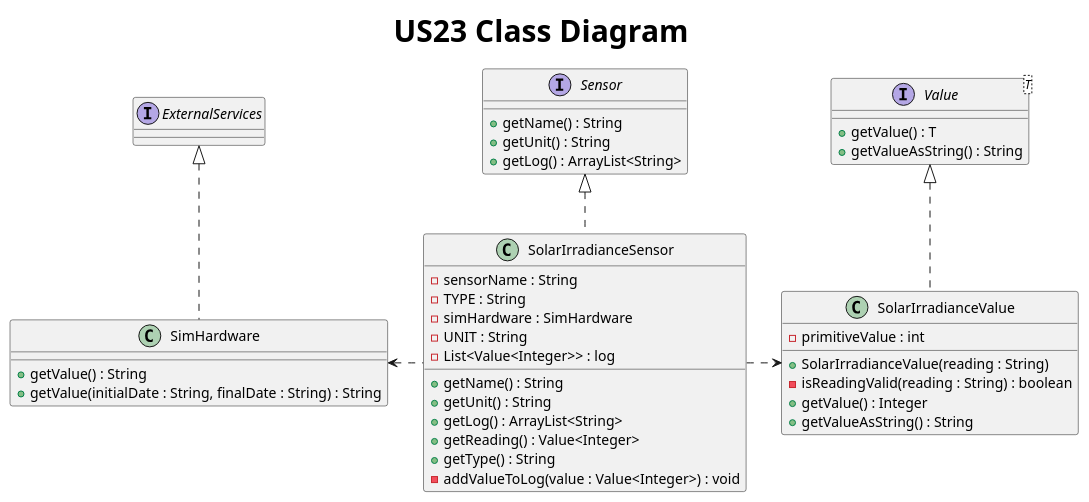
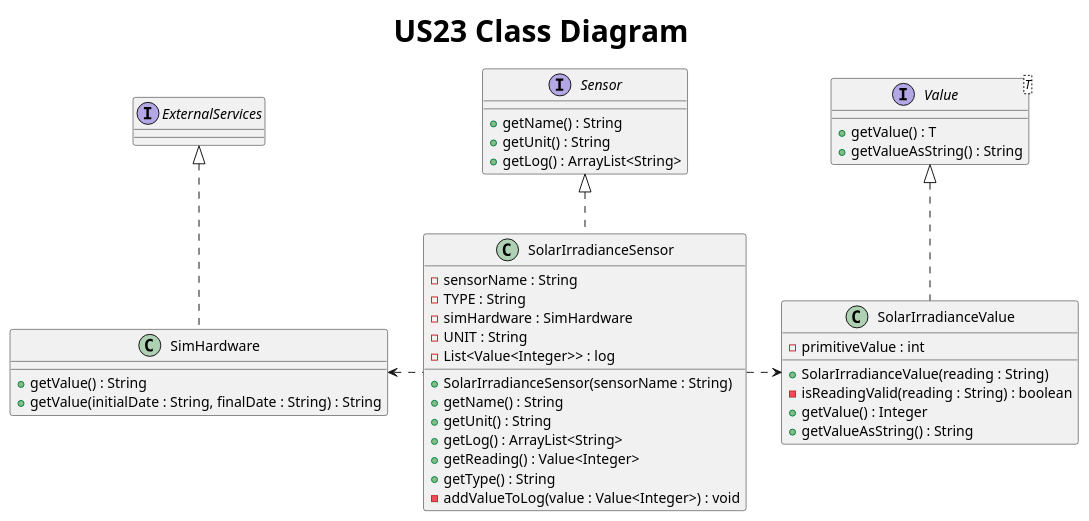
The diagram in Docs/US23/S3US23ClassDiagram.puml (AfonsoNeves77/smartHouse), drawn with PlantUML before and after one commit. The commit also changed 5 other files, not shown here.

Commit message:
Team review: added sensor constructor methods to sensor class diagrams.

```diff
--- a/Docs/US23/S3US23ClassDiagram.puml
+++ b/Docs/US23/S3US23ClassDiagram.puml
@@ -1,52 +1,53 @@
 @startuml
 title <size: 30> US23 Class Diagram
 
 interface Sensor {
     + getName() : String
     + getUnit() : String
     + getLog() : ArrayList<String>
 }
 
 interface Value<T> {
     + getValue() : T
     + getValueAsString() : String
 }
 
 class SimHardware {
      + getValue() : String
      + getValue(initialDate : String, finalDate : String) : String
 }
 
 class SolarIrradianceSensor {
     - sensorName : String
     - TYPE : String
     - simHardware : SimHardware
     - UNIT : String
     - List<Value<Integer>> : log
 
+    +SolarIrradianceSensor(sensorName : String)
     + getName() : String
     + getUnit() : String
     + getLog() : ArrayList<String>
     + getReading() : Value<Integer>
     + getType() : String
     - addValueToLog(value : Value<Integer>) : void
 }
 
 class SolarIrradianceValue {
     - primitiveValue : int
 
     + SolarIrradianceValue(reading : String)
     - isReadingValid(reading : String) : boolean
     + getValue() : Integer
     + getValueAsString() : String
 }
 
 interface ExternalServices{}
 
 Value <|.. SolarIrradianceValue
 Sensor <|.. SolarIrradianceSensor
 SolarIrradianceSensor .right.> SolarIrradianceValue
 SolarIrradianceSensor .left.> SimHardware
 ExternalServices <|.. SimHardware
 
 @enduml
```
